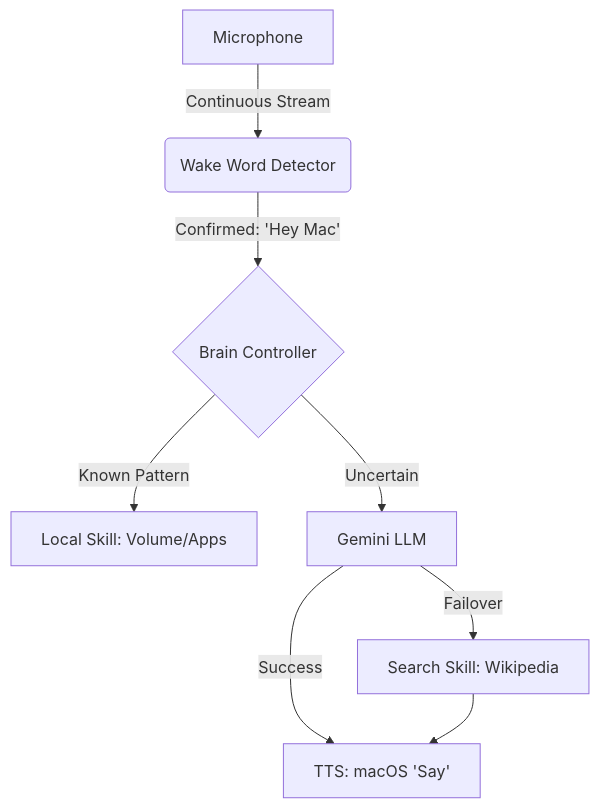
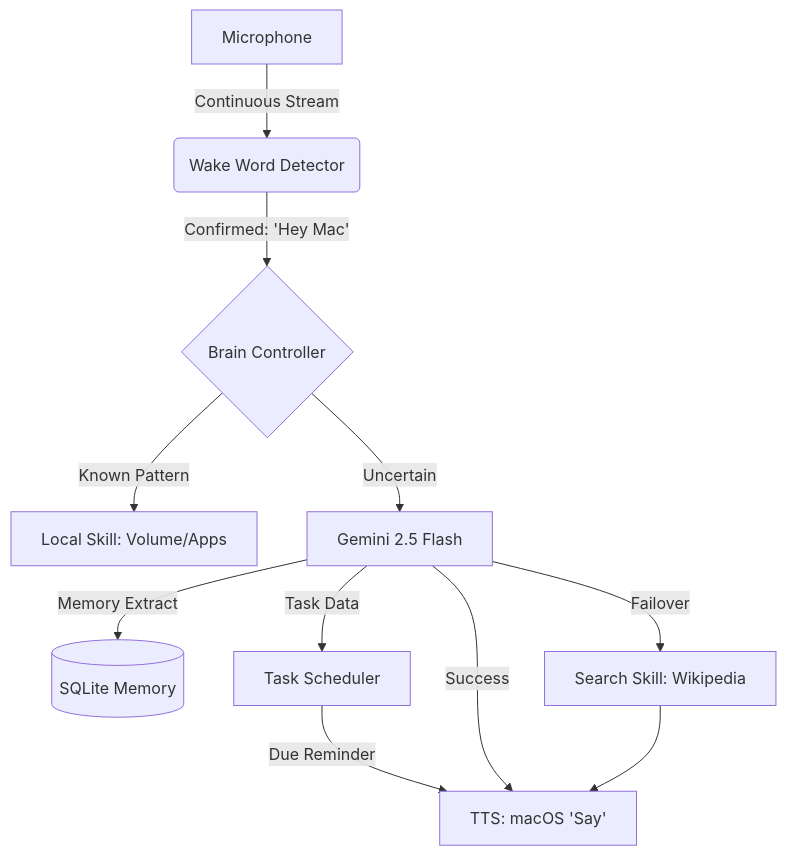
One commit to nerajlal/mac-the_system-assistant changed the diagram in README.md. Above: the diagram before and after it, drawn with Mermaid. The commit also changed other lines of this file and 1 other file, not shown here.

Commit message:
docs: Update README with Day 6-7 progress, new features, and architecture

````diff
--- a/README.md
+++ b/README.md
@@ -41,10 +52,13 @@
 ```mermaid
 graph TD
     A[Microphone] -->|Continuous Stream| B(Wake Word Detector)
     B -->|Confirmed: 'Hey Mac'| C{Brain Controller}
     C -->|Known Pattern| D[Local Skill: Volume/Apps]
-    C -->|Uncertain| E[Gemini LLM]
-    E -->|Success| F[TTS: macOS 'Say']
+    C -->|Uncertain| E[Gemini 2.5 Flash]
+    E -->|Memory Extract| M[(SQLite Memory)]
+    E -->|Task Data| T[Task Scheduler]
+    T -->|Due Reminder| F[TTS: macOS 'Say']
+    E -->|Success| F
     E -->|Failover| G[Search Skill: Wikipedia]
     G --> F
 ```
````
